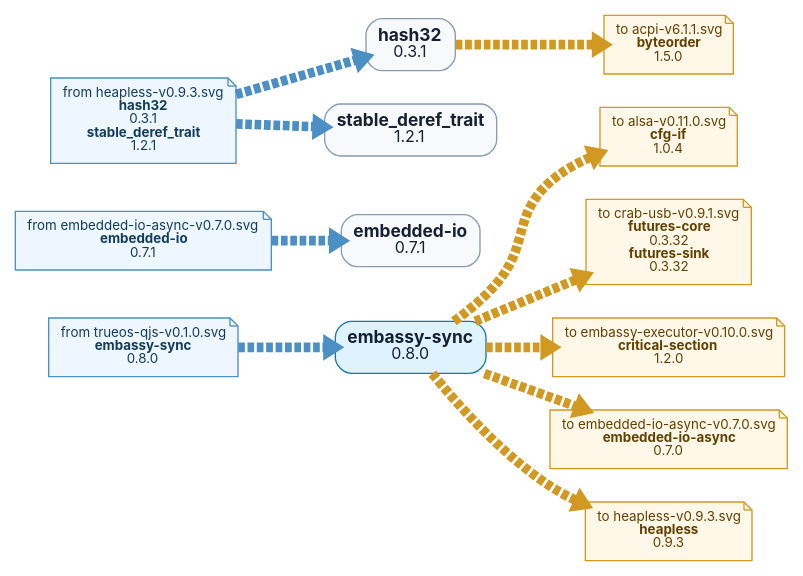
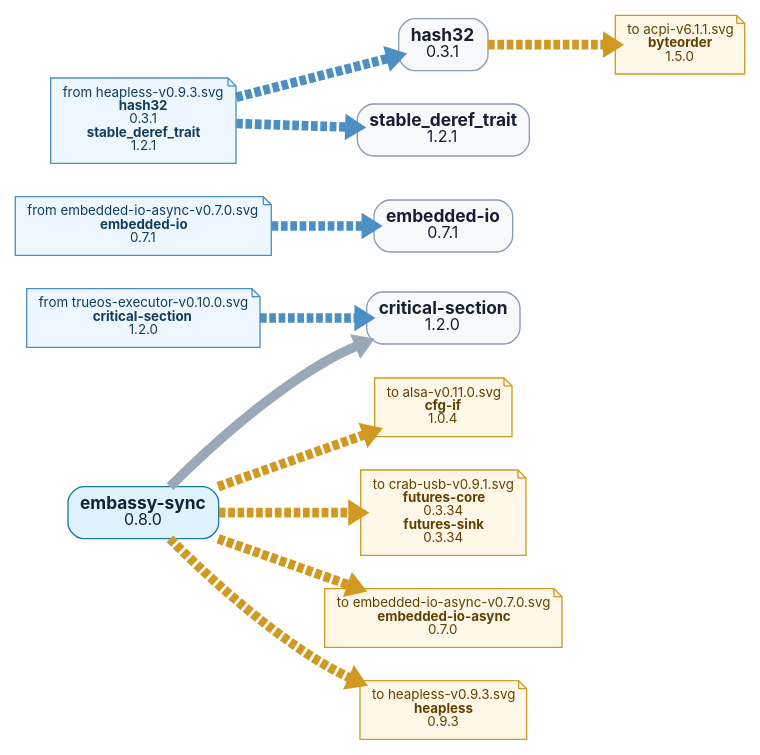
The diagram in tools/docs/depgraph/by-root/embassy-sync-v0.8.0.dot (t4ce/TRUEOS), drawn with Graphviz before and after one commit. The commit also changed 214 other files, not shown here.

```diff
--- a/tools/docs/depgraph/by-root/embassy-sync-v0.8.0.dot
+++ b/tools/docs/depgraph/by-root/embassy-sync-v0.8.0.dot
@@ -1,31 +1,31 @@
 digraph "embassy-sync-v0.8.0" {
   graph [rankdir=LR, bgcolor="white", overlap=false, splines=true, nodesep=0.35, ranksep=0.55];
   node [shape=box, style="rounded,filled", fontname="Inter,Arial", fontsize=10, margin="0.13,0.10", color="#8b9bb0", fillcolor="#f7f9fb", fontcolor="#172033"];
   edge [color="#9aa8b8", arrowsize=0.55, penwidth=7.2];
   n0 [label=<<FONT POINT-SIZE="13"><B>embassy-sync</B></FONT><BR/><FONT POINT-SIZE="12">0.8.0</FONT>>, fillcolor="#dff3ff", color="#1b78a6"];
-  n1 [label=<<FONT POINT-SIZE="13"><B>embedded-io</B></FONT><BR/><FONT POINT-SIZE="12">0.7.1</FONT>>, fillcolor="#f7f9fb", color="#8b9bb0"];
-  n2 [label=<<FONT POINT-SIZE="13"><B>hash32</B></FONT><BR/><FONT POINT-SIZE="12">0.3.1</FONT>>, fillcolor="#f7f9fb", color="#8b9bb0"];
-  n3 [label=<<FONT POINT-SIZE="13"><B>stable_deref_trait</B></FONT><BR/><FONT POINT-SIZE="12">1.2.1</FONT>>, fillcolor="#f7f9fb", color="#8b9bb0"];
+  n1 [label=<<FONT POINT-SIZE="13"><B>critical-section</B></FONT><BR/><FONT POINT-SIZE="12">1.2.0</FONT>>, fillcolor="#f7f9fb", color="#8b9bb0"];
+  n2 [label=<<FONT POINT-SIZE="13"><B>embedded-io</B></FONT><BR/><FONT POINT-SIZE="12">0.7.1</FONT>>, fillcolor="#f7f9fb", color="#8b9bb0"];
+  n3 [label=<<FONT POINT-SIZE="13"><B>hash32</B></FONT><BR/><FONT POINT-SIZE="12">0.3.1</FONT>>, fillcolor="#f7f9fb", color="#8b9bb0"];
+  n4 [label=<<FONT POINT-SIZE="13"><B>stable_deref_trait</B></FONT><BR/><FONT POINT-SIZE="12">1.2.1</FONT>>, fillcolor="#f7f9fb", color="#8b9bb0"];
+  n0 -> n1;
   out0 [label=<to acpi-v6.1.1.svg<BR/><B>byteorder</B><BR/>1.5.0>, shape=note, style="filled", fillcolor="#fff8e8", color="#d19922", fontcolor="#614000"];
-  n2 -> out0 [style=dashed, color="#d19922"];
+  n3 -> out0 [style=dashed, color="#d19922"];
   out1 [label=<to alsa-v0.11.0.svg<BR/><B>cfg-if</B><BR/>1.0.4>, shape=note, style="filled", fillcolor="#fff8e8", color="#d19922", fontcolor="#614000"];
   n0 -> out1 [style=dashed, color="#d19922"];
-  out2 [label=<to crab-usb-v0.9.1.svg<BR/><B>futures-core</B><BR/>0.3.32<BR/><B>futures-sink</B><BR/>0.3.32>, shape=note, style="filled", fillcolor="#fff8e8", color="#d19922", fontcolor="#614000"];
+  out2 [label=<to crab-usb-v0.9.1.svg<BR/><B>futures-core</B><BR/>0.3.34<BR/><B>futures-sink</B><BR/>0.3.34>, shape=note, style="filled", fillcolor="#fff8e8", color="#d19922", fontcolor="#614000"];
   n0 -> out2 [style=dashed, color="#d19922"];
-  out3 [label=<to embassy-executor-v0.10.0.svg<BR/><B>critical-section</B><BR/>1.2.0>, shape=note, style="filled", fillcolor="#fff8e8", color="#d19922", fontcolor="#614000"];
+  out3 [label=<to embedded-io-async-v0.7.0.svg<BR/><B>embedded-io-async</B><BR/>0.7.0>, shape=note, style="filled", fillcolor="#fff8e8", color="#d19922", fontcolor="#614000"];
   n0 -> out3 [style=dashed, color="#d19922"];
-  out4 [label=<to embedded-io-async-v0.7.0.svg<BR/><B>embedded-io-async</B><BR/>0.7.0>, shape=note, style="filled", fillcolor="#fff8e8", color="#d19922", fontcolor="#614000"];
+  out4 [label=<to heapless-v0.9.3.svg<BR/><B>heapless</B><BR/>0.9.3>, shape=note, style="filled", fillcolor="#fff8e8", color="#d19922", fontcolor="#614000"];
   n0 -> out4 [style=dashed, color="#d19922"];
-  out5 [label=<to heapless-v0.9.3.svg<BR/><B>heapless</B><BR/>0.9.3>, shape=note, style="filled", fillcolor="#fff8e8", color="#d19922", fontcolor="#614000"];
-  n0 -> out5 [style=dashed, color="#d19922"];
-  in6 [label=<from embedded-io-async-v0.7.0.svg<BR/><B>embedded-io</B><BR/>0.7.1>, shape=note, style="filled", fillcolor="#eef6ff", color="#4b8fc5", fontcolor="#123d5c"];
-  in6 -> n1 [style=dashed, color="#4b8fc5"];
-  in7 [label=<from heapless-v0.9.3.svg<BR/><B>hash32</B><BR/>0.3.1<BR/><B>stable_deref_trait</B><BR/>1.2.1>, shape=note, style="filled", fillcolor="#eef6ff", color="#4b8fc5", fontcolor="#123d5c"];
-  in7 -> n2 [style=dashed, color="#4b8fc5"];
-  in7 -> n3 [style=dashed, color="#4b8fc5"];
-  in8 [label=<from trueos-qjs-v0.1.0.svg<BR/><B>embassy-sync</B><BR/>0.8.0>, shape=note, style="filled", fillcolor="#eef6ff", color="#4b8fc5", fontcolor="#123d5c"];
-  in8 -> n0 [style=dashed, color="#4b8fc5"];
+  in5 [label=<from embedded-io-async-v0.7.0.svg<BR/><B>embedded-io</B><BR/>0.7.1>, shape=note, style="filled", fillcolor="#eef6ff", color="#4b8fc5", fontcolor="#123d5c"];
+  in5 -> n2 [style=dashed, color="#4b8fc5"];
+  in6 [label=<from heapless-v0.9.3.svg<BR/><B>hash32</B><BR/>0.3.1<BR/><B>stable_deref_trait</B><BR/>1.2.1>, shape=note, style="filled", fillcolor="#eef6ff", color="#4b8fc5", fontcolor="#123d5c"];
+  in6 -> n3 [style=dashed, color="#4b8fc5"];
+  in6 -> n4 [style=dashed, color="#4b8fc5"];
+  in7 [label=<from trueos-executor-v0.10.0.svg<BR/><B>critical-section</B><BR/>1.2.0>, shape=note, style="filled", fillcolor="#eef6ff", color="#4b8fc5", fontcolor="#123d5c"];
+  in7 -> n1 [style=dashed, color="#4b8fc5"];
   // collapsed leaf ends: 0
   // centered two-input leaves: 0
   // nested two-input leaves: 0
 }
```
